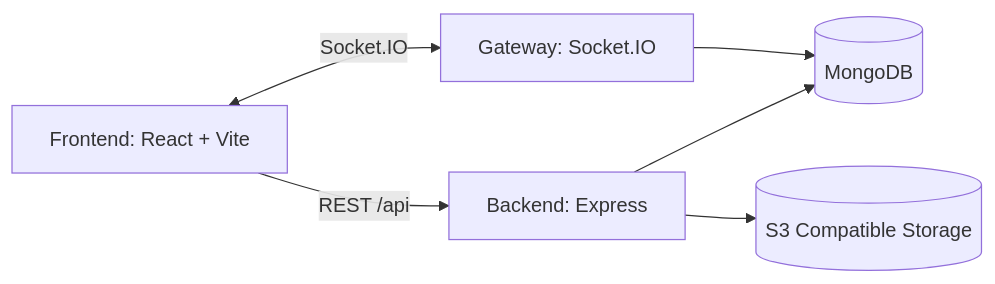
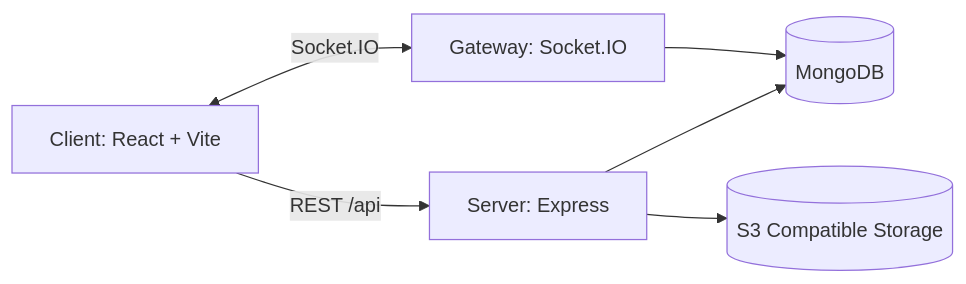
One commit to U1805/mew changed the first of 2 diagrams in website/docs/platform/platform-design.md. Above: the diagram before and after it, drawn with Mermaid. The commit also changed other lines of this file and 361 other files, not shown here.

````diff
--- a/website/docs/platform/platform-design.md
+++ b/website/docs/platform/platform-design.md
@@ -25,8 +25,8 @@
 ```mermaid
 flowchart LR
-  FE["Frontend: React + Vite"] -->|"REST /api"| BE["Backend: Express"]
+  FE["Client: React + Vite"] -->|"REST /api"| BE["Server: Express"]
   FE <-->|"Socket.IO"| GW["Gateway: Socket.IO"]
   BE --> DB[(MongoDB)]
   BE --> S3[(S3 Compatible Storage)]
   GW --> DB
 ```
````
